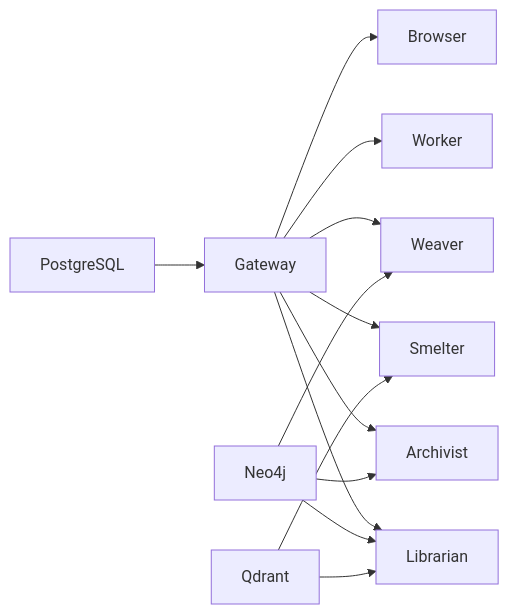
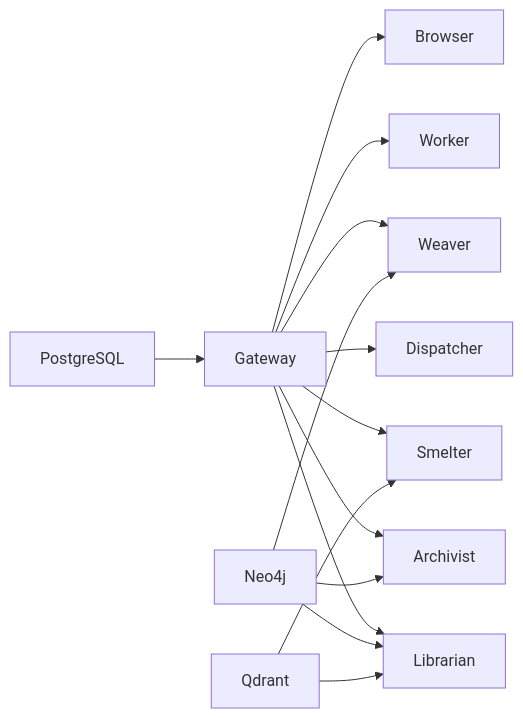
One commit to The-AI-Alliance/semiont changed the diagram in docs/system/services/OVERVIEW.md. Above: the diagram before and after it, drawn with Mermaid. The commit also changed other lines of this file and 13 other files, not shown here.

````diff
--- a/docs/system/services/OVERVIEW.md
+++ b/docs/system/services/OVERVIEW.md
@@ -167,15 +168,16 @@
 ```mermaid
 graph LR
     DB[PostgreSQL] --> GW[Gateway]
     GW --> AR[Archivist]
     GW --> LB[Librarian]
+    GW --> DP[Dispatcher]
     GW --> W[Worker]
     GW --> SM[Smelter]
     GW --> WV[Weaver]
     GW --> BR[Browser]
     GRAPH[Neo4j] --> AR
     GRAPH --> LB
     GRAPH --> WV
     VECTORS[Qdrant] --> LB
     VECTORS --> SM
 ```
````
